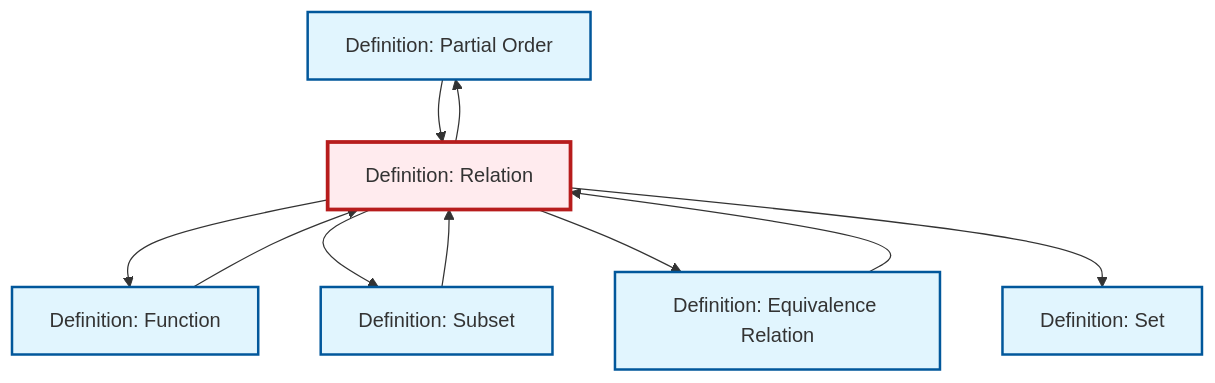
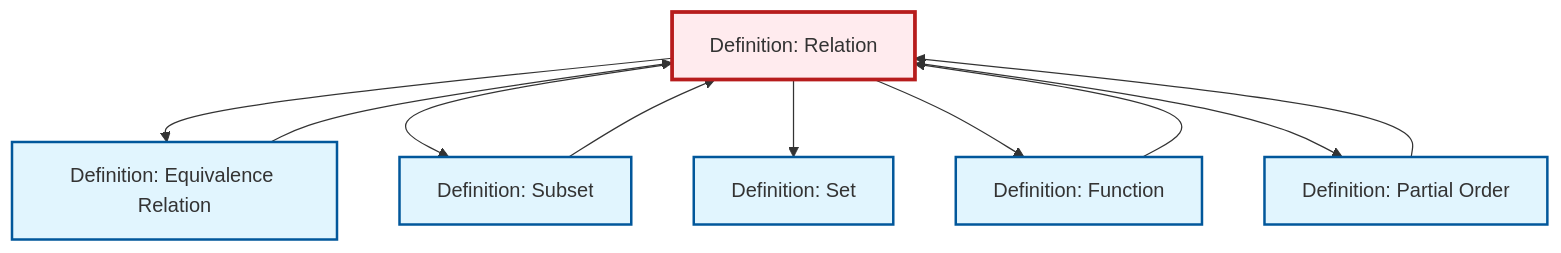
One commit to RK0429/ModernMath changed the diagram in content/ja/logic-set-theory/def-relation.qmd. Above: the diagram before and after it, drawn with Mermaid. The commit also changed other lines of this file and 619 other files, not shown here.

````diff
--- a/content/ja/logic-set-theory/def-relation.qmd
+++ b/content/ja/logic-set-theory/def-relation.qmd
@@ -91,30 +91,30 @@
 ```{mermaid}
 %%| fig-cap: "Local dependency graph"
 graph TD
     classDef definition fill:#e1f5fe,stroke:#01579b,stroke-width:2px
     classDef theorem fill:#f3e5f5,stroke:#4a148c,stroke-width:2px
     classDef axiom fill:#fff3e0,stroke:#e65100,stroke-width:2px
     classDef example fill:#e8f5e9,stroke:#1b5e20,stroke-width:2px
     classDef current fill:#ffebee,stroke:#b71c1c,stroke-width:3px
+    def-relation["Definition: Relation"]:::definition
+    def-set["Definition: Set"]:::definition
     def-partial-order["Definition: Partial Order"]:::definition
+    def-equivalence-relation["Definition: Equivalence Relation"]:::definition
     def-subset["Definition: Subset"]:::definition
-    def-equivalence-relation["Definition: Equivalence Relation"]:::definition
     def-function["Definition: Function"]:::definition
-    def-set["Definition: Set"]:::definition
-    def-relation["Definition: Relation"]:::definition
+    def-relation --> def-equivalence-relation
+    def-relation --> def-subset
+    def-relation --> def-set
+    def-partial-order --> def-relation
+    def-equivalence-relation --> def-relation
+    def-subset --> def-relation
+    def-relation --> def-function
     def-relation --> def-partial-order
     def-function --> def-relation
-    def-relation --> def-function
-    def-partial-order --> def-relation
-    def-relation --> def-subset
-    def-subset --> def-relation
-    def-relation --> def-equivalence-relation
-    def-relation --> def-set
-    def-equivalence-relation --> def-relation
     class def-relation current
+    click def-set "def-set.html" "Definition: Setへ"
     click def-partial-order "def-partial-order.html" "Definition: Partial Orderへ"
+    click def-equivalence-relation "def-equivalence-relation.html" "Definition: Equivalence Relationへ"
     click def-subset "def-subset.html" "Definition: Subsetへ"
-    click def-equivalence-relation "def-equivalence-relation.html" "Definition: Equivalence Relationへ"
     click def-function "def-function.html" "Definition: Functionへ"
-    click def-set "def-set.html" "Definition: Setへ"
 ```
````
